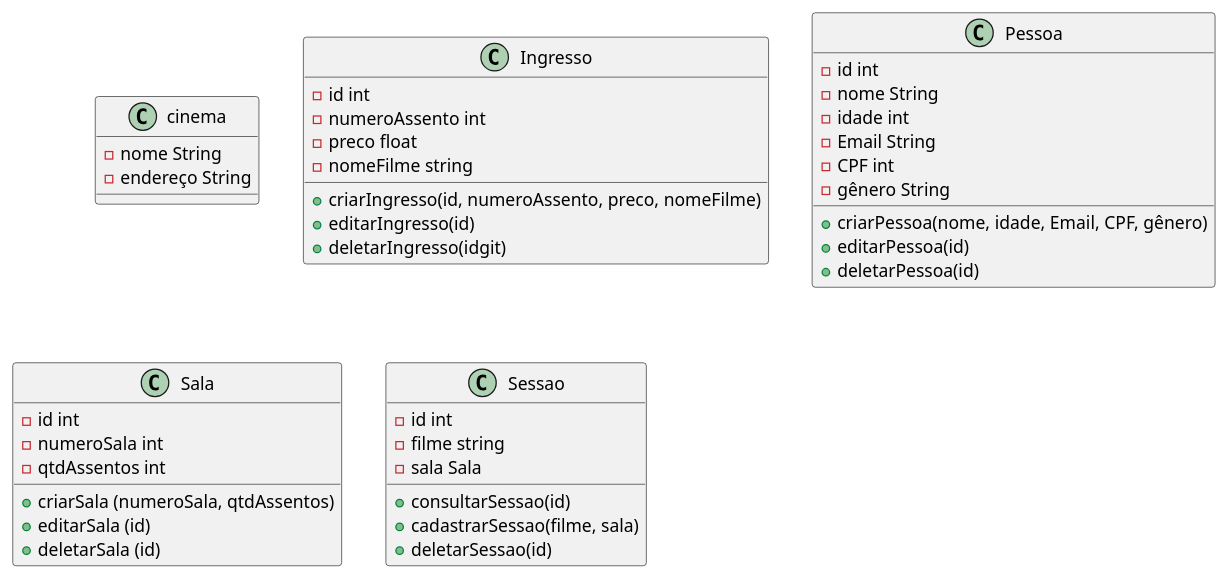
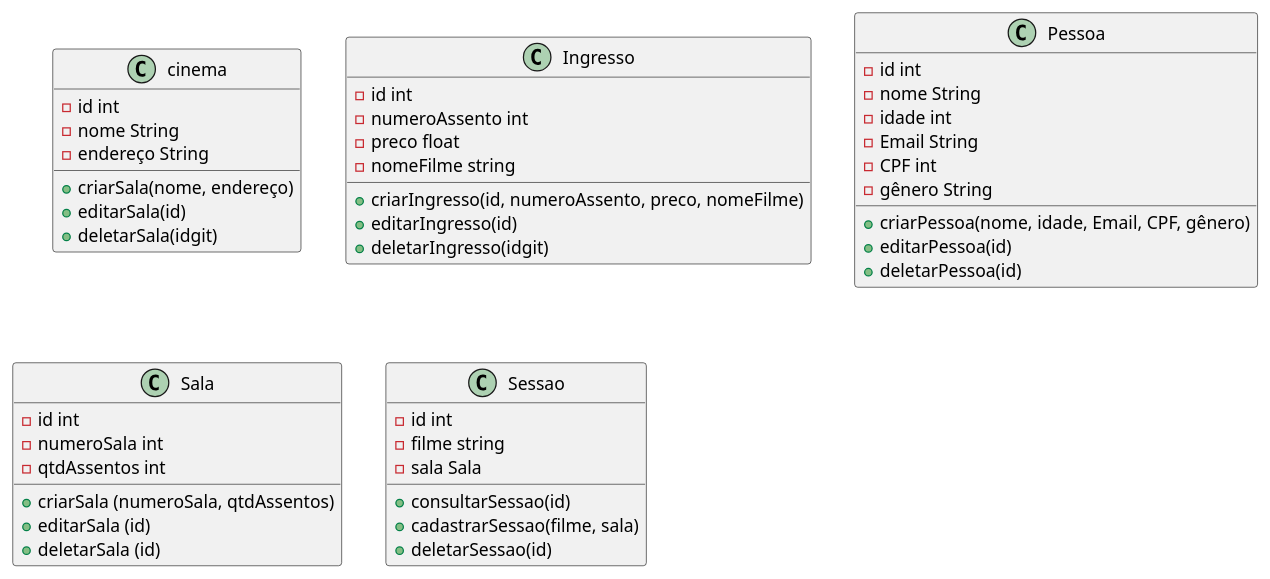
One commit to anleaes/2023-1-N1-POO-04 changed the diagram in Sessao.plantuml. Above: the diagram before and after it, drawn with PlantUML.

```diff
--- a/Sessao.plantuml
+++ b/Sessao.plantuml
@@ -1,49 +1,53 @@
 @startuml Cinema
 
 class cinema{
+    - id int
     - nome String
     - endereço String
+    + criarSala(nome, endereço)
+    + editarSala(id)
+    + deletarSala(idgit)
 }
 
 class Ingresso {
     - id int
     - numeroAssento int
     - preco float
     - nomeFilme string
     + criarIngresso(id, numeroAssento, preco, nomeFilme)
     + editarIngresso(id)
     + deletarIngresso(idgit)
     
 }
 
 class Pessoa{
     - id int
     - nome String
     - idade int
     - Email String
     - CPF int
     - gênero String
     + criarPessoa(nome, idade, Email, CPF, gênero)
     + editarPessoa(id)
     + deletarPessoa(id)
 
 }
 
 class Sala{
     - id int
     - numeroSala int 
     - qtdAssentos int 
     + criarSala (numeroSala, qtdAssentos)
     + editarSala (id)
     + deletarSala (id)
 }
 
 class Sessao{
     -id int
     -filme string
     -sala Sala
     +consultarSessao(id)
     +cadastrarSessao(filme, sala)
     +deletarSessao(id)
 }
 @enduml
```
